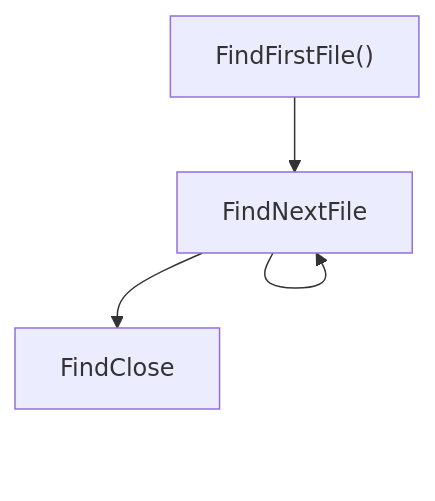
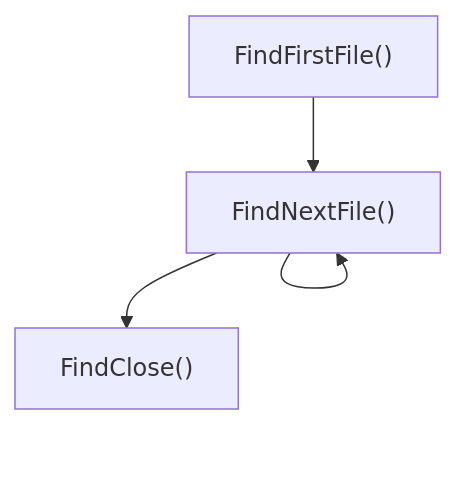
The fourth of 6 diagrams in README.md (LaoReng/RemoteCtrl), drawn with Mermaid before and after one commit. The commit also changed other lines of this file and 7 other files, not shown here.

````diff
--- a/README.md
+++ b/README.md
@@ -194,6 +194,6 @@
 ```mermaid
 graph TD;
-	A["FindFirstFile()"] --> B["FindNextFile"]
+	A["FindFirstFile()"] --> B["FindNextFile()"]
 	B --> B
-	B --> C["FindClose"]
+	B --> C["FindClose()"]
 ```
````
